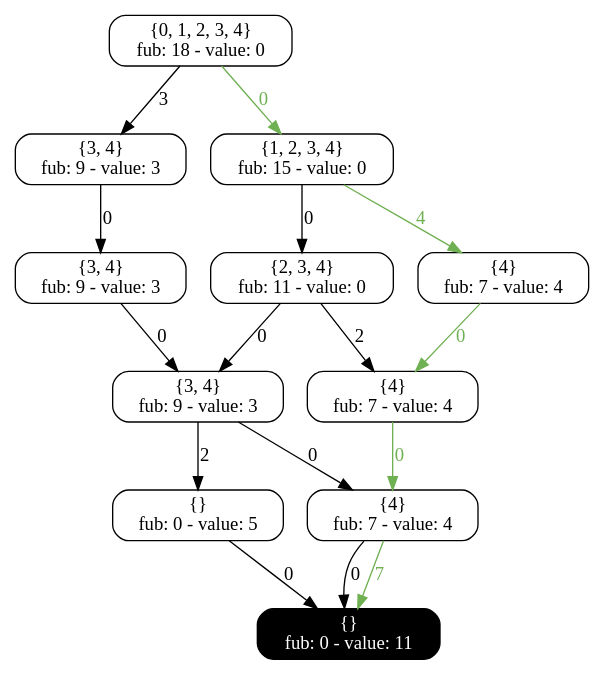
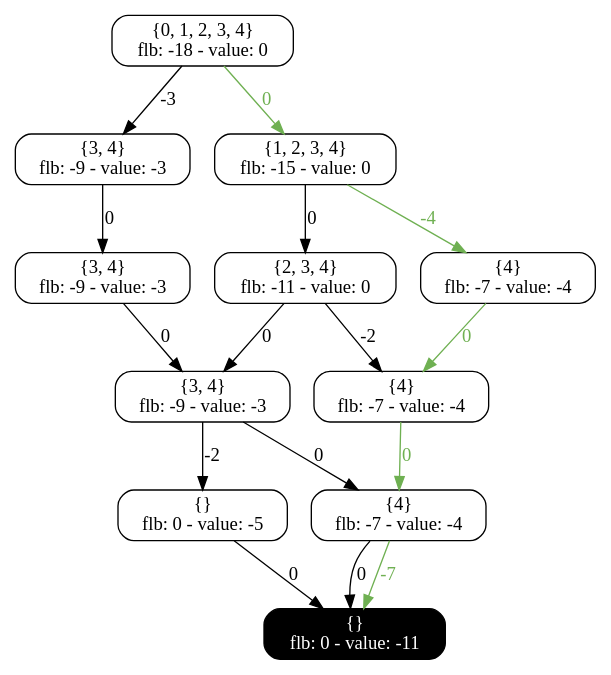
One commit to DDOLIB-CETIC-UCL/DDOLib changed the diagram in output/Misp_exact.dot. Above: the diagram before and after it, drawn with Graphviz. The commit also changed 5 other files, not shown here.

```diff
--- a/output/Misp_exact.dot
+++ b/output/Misp_exact.dot
@@ -1,39 +1,39 @@
 digraph exact{
 0 [label="{0, 1, 2, 3, 4}
-fub: 18 - value: 0", style=rounded, shape=rectangle, tooltip="Exact node"];
+flb: -18 - value: 0", style=rounded, shape=rectangle, tooltip="Exact node"];
 2 [label="{3, 4}
-fub: 9 - value: 3", style=rounded, shape=rectangle, tooltip="Exact node"];
+flb: -9 - value: -3", style=rounded, shape=rectangle, tooltip="Exact node"];
 1 [label="{1, 2, 3, 4}
-fub: 15 - value: 0", style=rounded, shape=rectangle, tooltip="Exact node"];
+flb: -15 - value: 0", style=rounded, shape=rectangle, tooltip="Exact node"];
 5 [label="{4}
-fub: 7 - value: 4", style=rounded, shape=rectangle, tooltip="Exact node"];
+flb: -7 - value: -4", style=rounded, shape=rectangle, tooltip="Exact node"];
 3 [label="{3, 4}
-fub: 9 - value: 3", style=rounded, shape=rectangle, tooltip="Exact node"];
+flb: -9 - value: -3", style=rounded, shape=rectangle, tooltip="Exact node"];
 4 [label="{2, 3, 4}
-fub: 11 - value: 0", style=rounded, shape=rectangle, tooltip="Exact node"];
+flb: -11 - value: 0", style=rounded, shape=rectangle, tooltip="Exact node"];
 6 [label="{4}
-fub: 7 - value: 4", style=rounded, shape=rectangle, tooltip="Exact node"];
+flb: -7 - value: -4", style=rounded, shape=rectangle, tooltip="Exact node"];
 7 [label="{3, 4}
-fub: 9 - value: 3", style=rounded, shape=rectangle, tooltip="Exact node"];
+flb: -9 - value: -3", style=rounded, shape=rectangle, tooltip="Exact node"];
 8 [label="{4}
-fub: 7 - value: 4", style=rounded, shape=rectangle, tooltip="Exact node"];
+flb: -7 - value: -4", style=rounded, shape=rectangle, tooltip="Exact node"];
 9 [label="{}
-fub: 0 - value: 5", style=rounded, shape=rectangle, tooltip="Exact node"];
+flb: 0 - value: -5", style=rounded, shape=rectangle, tooltip="Exact node"];
 10 [label="{}
-fub: 0 - value: 11", style=rounded, shape=rectangle, tooltip="Exact node", style="filled, rounded", shape=rectangle, color=black, fontcolor=white, tooltip="Terminal node"];
-0 -> 2 [label=3, tooltip="Decision: assign 1 to var 0"];
-7 -> 9 [label=2, tooltip="Decision: assign 1 to var 3"];
-4 -> 6 [label=2, tooltip="Decision: assign 1 to var 2"];
-4 -> 7 [label=0, tooltip="Decision: assign 0 to var 2"];
-7 -> 8 [label=0, tooltip="Decision: assign 0 to var 3"];
-1 -> 5 [label=4, tooltip="Decision: assign 1 to var 1", color="#6fb052", fontcolor="#6fb052"];
+flb: 0 - value: -11", style=rounded, shape=rectangle, tooltip="Exact node", style="filled, rounded", shape=rectangle, color=black, fontcolor=white, tooltip="Terminal node"];
+1 -> 5 [label=-4, tooltip="Decision: assign 1 to var 1", color="#6fb052", fontcolor="#6fb052"];
+2 -> 3 [label=0, tooltip="Decision: assign 0 to var 1"];
 9 -> 10 [label=0, tooltip="Decision: assign 0 to var 4"];
 6 -> 8 [label=0, tooltip="Decision: assign 0 to var 3", color="#6fb052", fontcolor="#6fb052"];
+7 -> 9 [label=-2, tooltip="Decision: assign 1 to var 3"];
+8 -> 10 [label=-7, tooltip="Decision: assign 1 to var 4", color="#6fb052", fontcolor="#6fb052"];
 5 -> 6 [label=0, tooltip="Decision: assign 0 to var 2", color="#6fb052", fontcolor="#6fb052"];
+8 -> 10 [label=0, tooltip="Decision: assign 0 to var 4"];
+0 -> 2 [label=-3, tooltip="Decision: assign 1 to var 0"];
+4 -> 7 [label=0, tooltip="Decision: assign 0 to var 2"];
+3 -> 7 [label=0, tooltip="Decision: assign 0 to var 2"];
+0 -> 1 [label=0, tooltip="Decision: assign 0 to var 0", color="#6fb052", fontcolor="#6fb052"];
+4 -> 6 [label=-2, tooltip="Decision: assign 1 to var 2"];
 1 -> 4 [label=0, tooltip="Decision: assign 0 to var 1"];
-2 -> 3 [label=0, tooltip="Decision: assign 0 to var 1"];
-8 -> 10 [label=7, tooltip="Decision: assign 1 to var 4", color="#6fb052", fontcolor="#6fb052"];
-8 -> 10 [label=0, tooltip="Decision: assign 0 to var 4"];
-0 -> 1 [label=0, tooltip="Decision: assign 0 to var 0", color="#6fb052", fontcolor="#6fb052"];
-3 -> 7 [label=0, tooltip="Decision: assign 0 to var 2"];
+7 -> 8 [label=0, tooltip="Decision: assign 0 to var 3"];
 }
```
